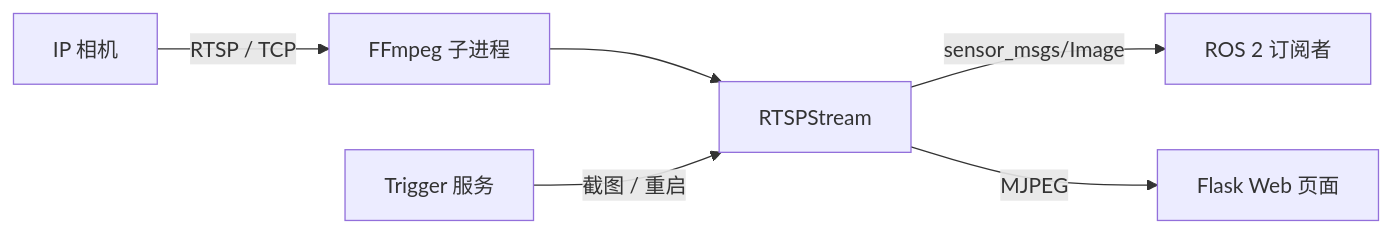
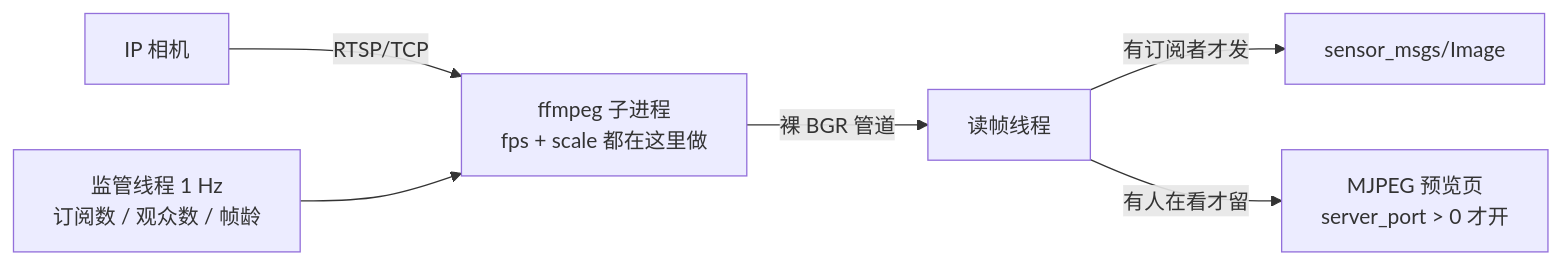
The diagram in src/camera_node/README.zh.md (yizhongzhang1989/Unitree_G1_Workspace), drawn with Mermaid before and after one commit. The commit also changed other lines of this file and 45 other files, not shown here.

````diff
--- a/src/camera_node/README.zh.md
+++ b/src/camera_node/README.zh.md
@@ -32,8 +9,8 @@
 ```mermaid
 flowchart LR
-  Camera[IP 相机] -->|RTSP / TCP| FFmpeg[FFmpeg 子进程]
-  FFmpeg --> Stream[RTSPStream]
-  Stream -->|sensor_msgs/Image| ROS[ROS 2 订阅者]
-  Stream -->|MJPEG| Web[Flask Web 页面]
-  Service[Trigger 服务] -->|截图 / 重启| Stream
+  cam[IP 相机] -->|RTSP/TCP| ff["ffmpeg 子进程<br/>fps + scale 都在这里做"]
+  ff -->|裸 BGR 管道| pump[读帧线程]
+  pump -->|有订阅者才发| ros["sensor_msgs/Image"]
+  pump -->|有人在看才留| web["MJPEG 预览页<br/>server_port > 0 才开"]
+  sup["监管线程 1 Hz<br/>订阅数 / 观众数 / 帧龄"] --> ff
 ```
````
